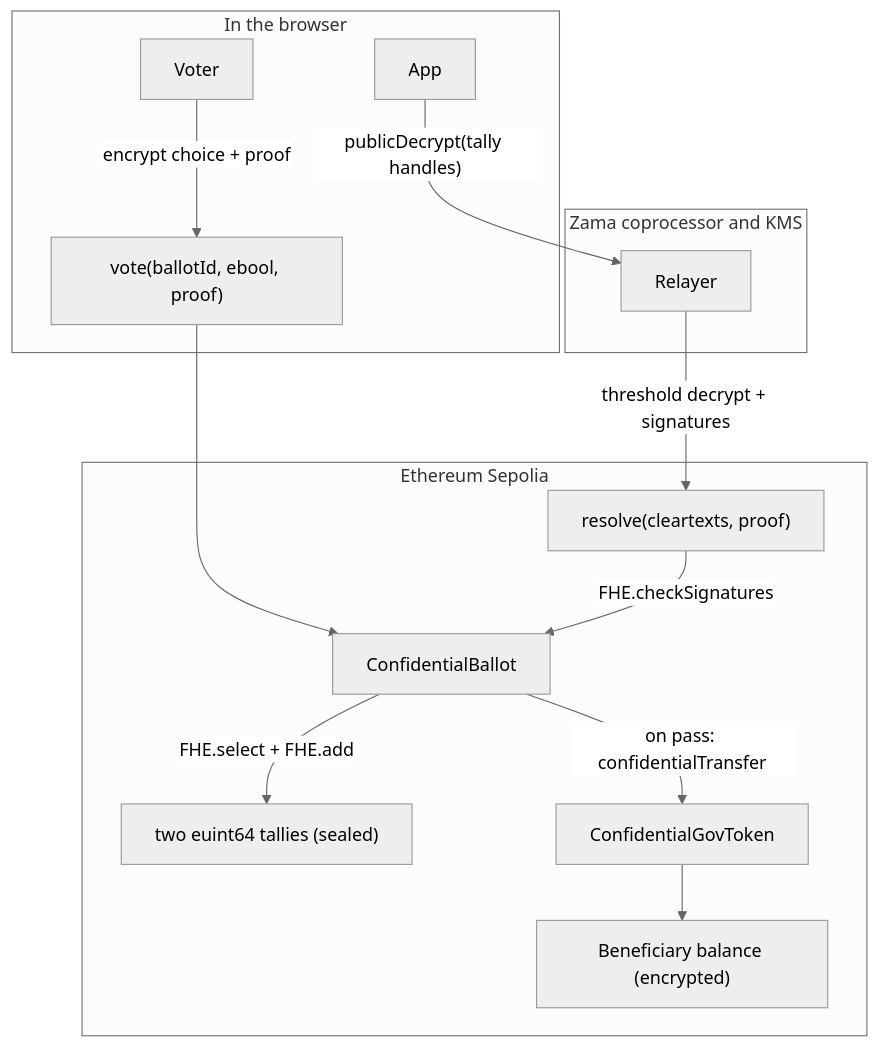
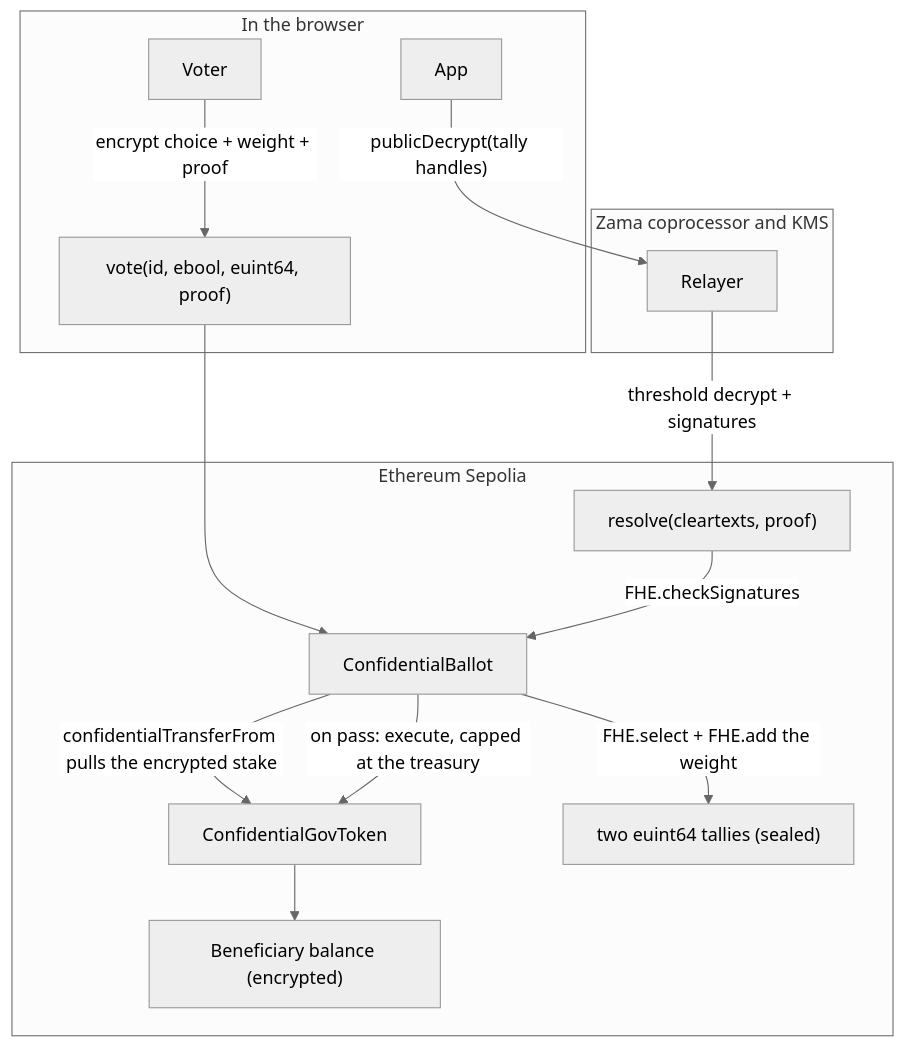
The diagram in README.md (Andy00L/conclave), drawn with Mermaid (neutral theme) before and after one commit. The commit also changed other lines of this file and 3 other files, not shown here.

````diff
--- a/README.md
+++ b/README.md
@@ -69,19 +71,20 @@
 ```mermaid
 flowchart TD
     subgraph browser["In the browser"]
-        voter["Voter"] -->|"encrypt choice + proof"| voteTx["vote(ballotId, ebool, proof)"]
+        voter["Voter"] -->|"encrypt choice + weight + proof"| voteTx["vote(id, ebool, euint64, proof)"]
         app["App"]
     end
     subgraph chain["Ethereum Sepolia"]
         voteTx --> ballot["ConfidentialBallot"]
-        ballot -->|"FHE.select + FHE.add"| tallies["two euint64 tallies (sealed)"]
+        ballot -->|"confidentialTransferFrom pulls the encrypted stake"| token["ConfidentialGovToken"]
+        ballot -->|"FHE.select + FHE.add the weight"| tallies["two euint64 tallies (sealed)"]
         resolve["resolve(cleartexts, proof)"] -->|"FHE.checkSignatures"| ballot
-        ballot -->|"on pass: confidentialTransfer"| token["ConfidentialGovToken"]
+        ballot -->|"on pass: execute, capped at the treasury"| token
         token --> beneficiary["Beneficiary balance (encrypted)"]
     end
     subgraph zama["Zama coprocessor and KMS"]
         relayer["Relayer"]
     end
     app -->|"publicDecrypt(tally handles)"| relayer
     relayer -->|"threshold decrypt + signatures"| resolve
 ```
````
